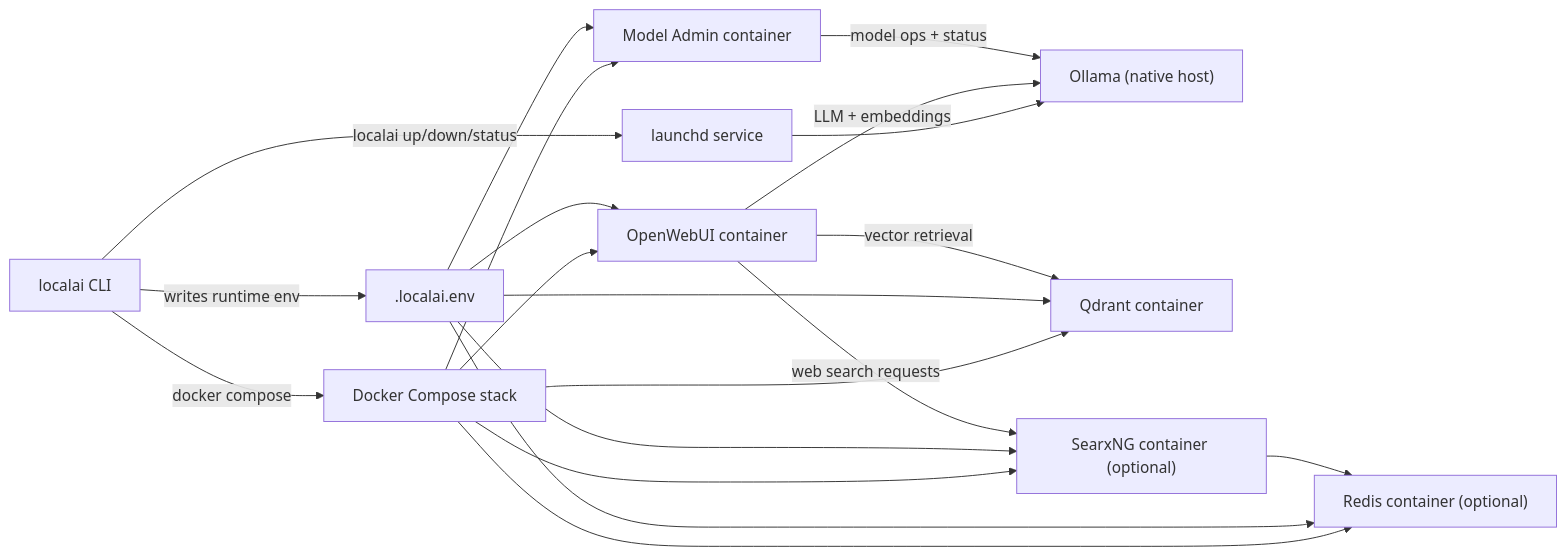
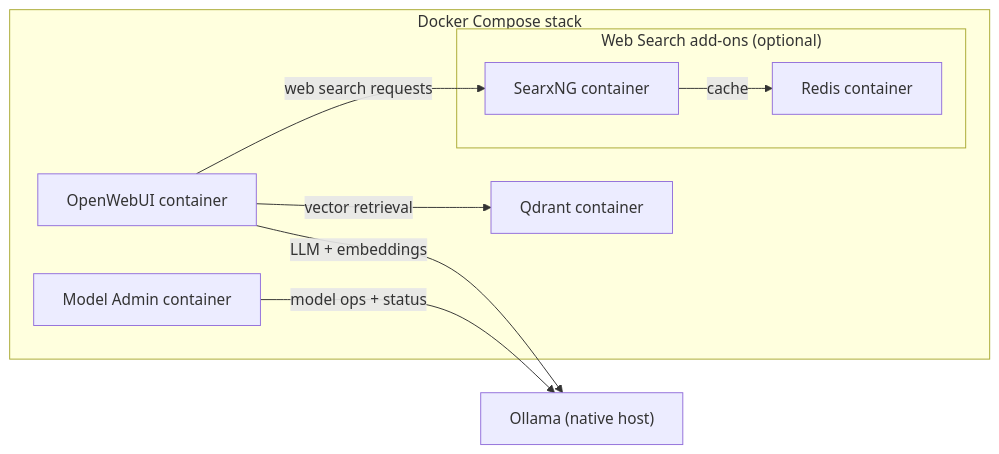
The second of 2 diagrams in docs/STACK_CONFIGURATION.md (kevin-greenan/localai-orchestrator), drawn with Mermaid before and after one commit. The commit also changed other lines of this file, not shown here.

Commit message:
Simplify architecture docs with two Mermaid diagrams

````diff
--- a/docs/STACK_CONFIGURATION.md
+++ b/docs/STACK_CONFIGURATION.md
@@ -7,26 +22,20 @@
 ```mermaid
 flowchart LR
-  cli["localai CLI"] -->|"localai up/down/status"| launchd["launchd service"]
-  cli -->|"docker compose"| compose["Docker Compose stack"]
-  cli -->|"writes runtime env"| env[".localai.env"]
+  subgraph docker["Docker Compose stack"]
+    openwebui["OpenWebUI container"]
+    admin["Model Admin container"]
+    qdrant["Qdrant container"]
+    subgraph webaddons["Web Search add-ons (optional)"]
+      searxng["SearxNG container"]
+      redis["Redis container"]
+    end
+  end
 
-  launchd --> ollama["Ollama (native host)"]
-
-  compose --> openwebui["OpenWebUI container"]
-  compose --> admin["Model Admin container"]
-  compose --> qdrant["Qdrant container"]
-  compose --> searxng["SearxNG container (optional)"]
-  compose --> redis["Redis container (optional)"]
-
-  env --> openwebui
-  env --> admin
-  env --> qdrant
-  env --> searxng
-  env --> redis
+  ollama["Ollama (native host)"]
 
   openwebui -->|"LLM + embeddings"| ollama
   admin -->|"model ops + status"| ollama
   openwebui -->|"vector retrieval"| qdrant
   openwebui -->|"web search requests"| searxng
-  searxng --> redis
+  searxng -->|"cache"| redis
 ```
````
